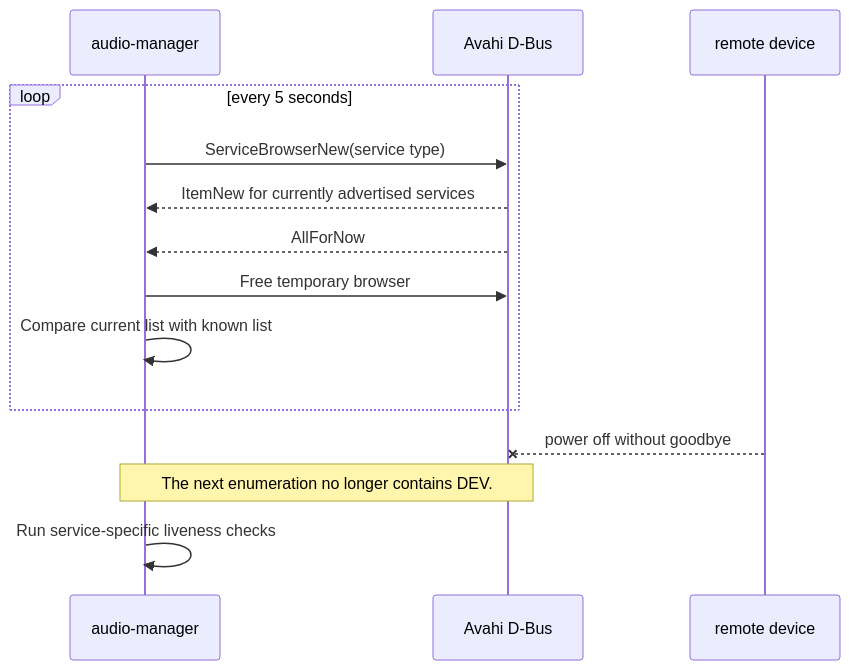
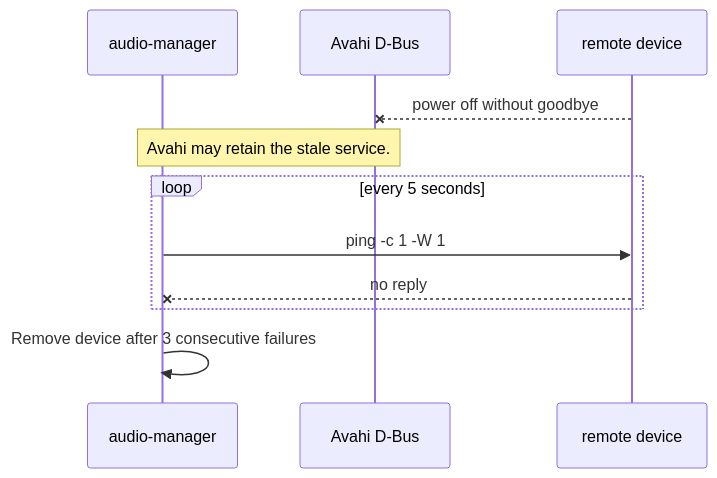
Before and after one commit to bartek56/meta-mediaserver: the second of 6 diagrams in docs/AUDIO_MANAGER.md, drawn with Mermaid. The commit also changed other lines of this file and 11 other files, not shown here.

````diff
--- a/docs/AUDIO_MANAGER.md
+++ b/docs/AUDIO_MANAGER.md
@@ -326,18 +381,14 @@
 ```mermaid
 sequenceDiagram
     participant AM as audio-manager
     participant AV as Avahi D-Bus
     participant DEV as remote device
 
+    DEV--xAV: power off without goodbye
+    Note over AM,AV: Avahi may retain the stale service.
     loop every 5 seconds
-        AM->>AV: ServiceBrowserNew(service type)
-        AV-->>AM: ItemNew for currently advertised services
-        AV-->>AM: AllForNow
-        AM->>AV: Free temporary browser
-        AM->>AM: Compare current list with known list
+        AM->>DEV: ping -c 1 -W 1
+        DEV--xAM: no reply
     end
-
-    DEV--xAV: power off without goodbye
-    Note over AM,AV: The next enumeration no longer contains DEV.
-    AM->>AM: Run service-specific liveness checks
+    AM->>AM: Remove device after 3 consecutive failures
 ```
````
